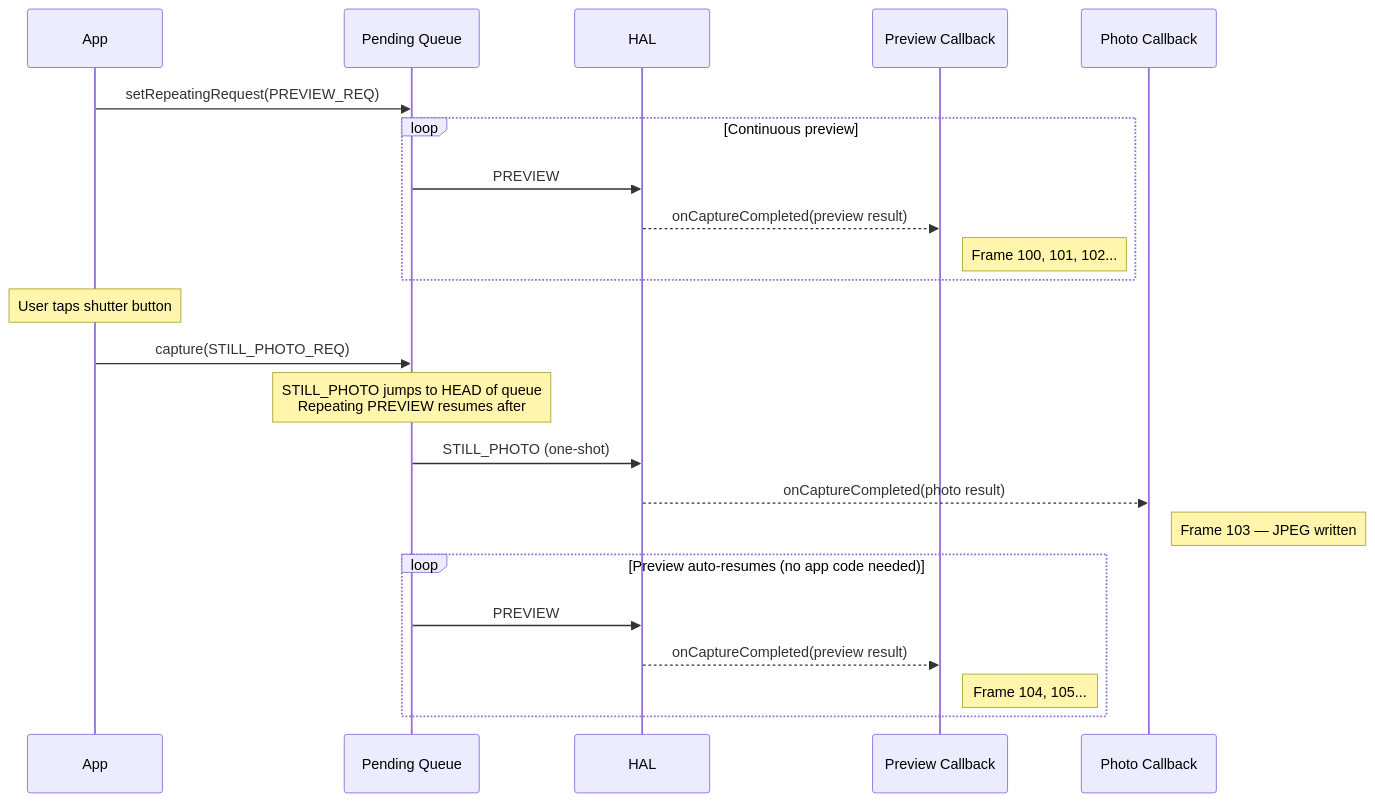
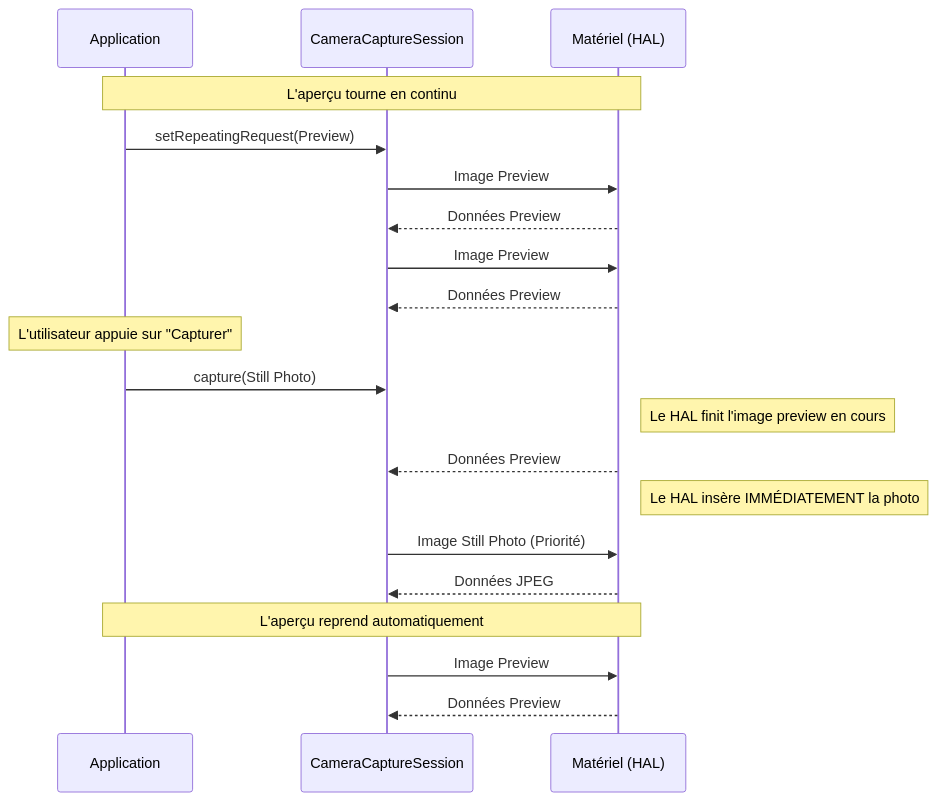
The diagram in website/i18n/fr/docusaurus-plugin-content-docs/current/camera2/capture-types.md (zoozooll/AndroidCameraParameters), drawn with Mermaid before and after one commit. The commit also changed other lines of this file and 378 other files, not shown here.

````diff
--- a/website/i18n/fr/docusaurus-plugin-content-docs/current/camera2/capture-types.md
+++ b/website/i18n/fr/docusaurus-plugin-content-docs/current/camera2/capture-types.md
@@ -63,29 +98,27 @@
 ```mermaid
 sequenceDiagram
-    participant App
-    participant Queue as Pending Queue
-    participant HAL
-    participant Prev as Preview Callback
-    participant Photo as Photo Callback
+    participant App as Application
+    participant Session as CameraCaptureSession
+    participant HAL as Matériel (HAL)
 
-    App->>Queue: setRepeatingRequest(PREVIEW_REQ)
-    loop Continuous preview
-        Queue->>HAL: PREVIEW
-        HAL-->>Prev: onCaptureCompleted(preview result)
-        Note right of Prev: Frame 100, 101, 102...
-    end
+    Note over App, HAL: L'aperçu tourne en continu
+    App->>Session: setRepeatingRequest(Preview)
+    Session->>HAL: Image Preview
+    HAL-->>Session: Données Preview
+    Session->>HAL: Image Preview
+    HAL-->>Session: Données Preview
 
-    Note over App: User taps shutter button
-    App->>Queue: capture(STILL_PHOTO_REQ)
-    Note over Queue: STILL_PHOTO jumps to HEAD of queue<br/>Repeating PREVIEW resumes after
-
-    Queue->>HAL: STILL_PHOTO (one-shot)
-    HAL-->>Photo: onCaptureCompleted(photo result)
-    Note right of Photo: Frame 103 — JPEG written
-
-    loop Preview auto-resumes (no app code needed)
-        Queue->>HAL: PREVIEW
-        HAL-->>Prev: onCaptureCompleted(preview result)
-        Note right of Prev: Frame 104, 105...
-    end
+    Note over App: L'utilisateur appuie sur "Capturer"
+    App->>Session: capture(Still Photo)
+    
+    Note right of HAL: Le HAL finit l'image preview en cours
+    HAL-->>Session: Données Preview
+    
+    Note right of HAL: Le HAL insère IMMÉDIATEMENT la photo
+    Session->>HAL: Image Still Photo (Priorité)
+    HAL-->>Session: Données JPEG
+    
+    Note over App, HAL: L'aperçu reprend automatiquement
+    Session->>HAL: Image Preview
+    HAL-->>Session: Données Preview
 ```
````
